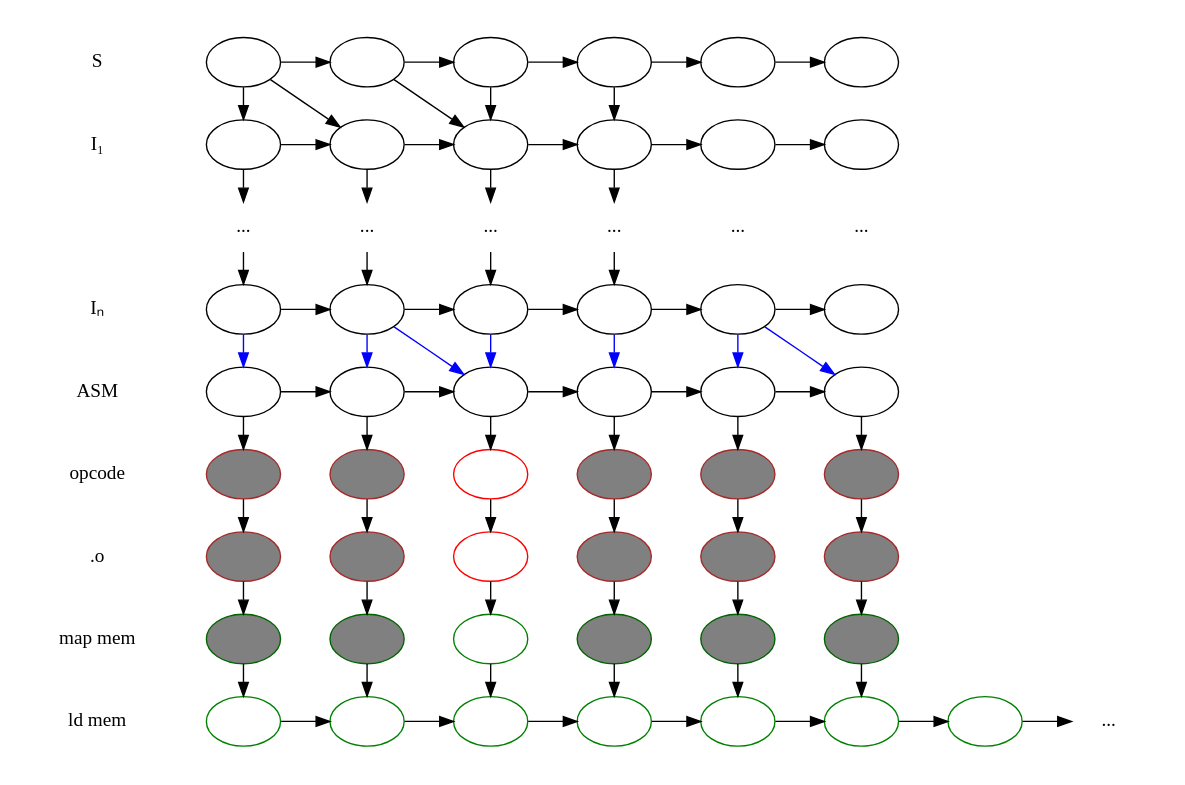
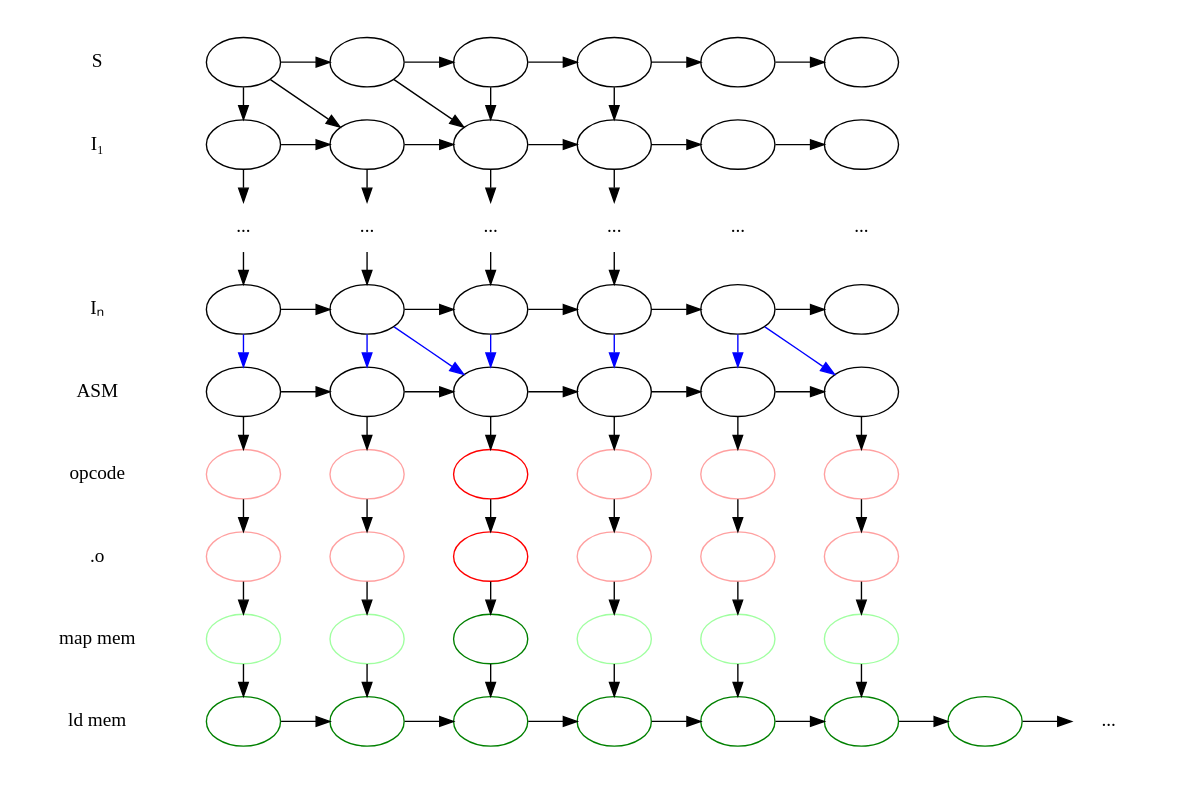
Before and after one commit to yulya3102/bachelor-thesis: the diagram in diagram.dot, drawn with Graphviz.

Commit message:
+ transparent nodes

```diff
--- a/diagram.dot
+++ b/diagram.dot
@@ -1,126 +1,126 @@
 digraph G {
     node [
         label = ""
     ]
     rankdir = LR
     subgraph cluster_ld {
         style = invis
         node [ color = green ]
         ld1 -> ld2 -> ld3 -> ld4 -> ld5 -> ld6 -> ld7 -> ld8
         ld [ label = "ld mem", shape = none ]
         ld8 [ label = "...", shape = none]
         ld -> ld1 [ style = invis ]
     }
     subgraph cluster_map {
         style = invis
-        node [ color = darkgreen, fillcolor = grey, style = filled ]
+        node [ color = "#00ff005f" ]
         edge [ style = invis ]
         map -> map1 -> map2 -> map3 -> map4 -> map5 -> map6
         map [ label = "map mem", shape = none, style = solid ]
         map3 [ color = green, style = solid ]
     }
     subgraph cluster_obj {
         style = invis
-        node [ color = brown, fillcolor = grey, style = filled ]
+        node [ color = "#ff00005f" ]
         edge [ style = invis ]
         obj -> obj1 -> obj2 -> obj3 -> obj4 -> obj5 -> obj6
         obj [ label = ".o", shape = none, style = solid ]
         obj3 [ color = red, style = solid ]
     }
     subgraph cluster_op {
         style = invis
-        node [ color = brown, fillcolor = grey, style = filled ]
+        node [ color = "#ff00005f" ]
         edge [ style = invis ]
         op -> op1 -> op2 -> op3 -> op4 -> op5 -> op6
         op [ label = opcode, shape = none, style = solid ]
         op3 [ color = red, style = solid ]
     }
     subgraph cluster_ASM {
         style = invis
         asm1 -> asm2 -> asm3 -> asm4 -> asm5 -> asm6
         ASM [ label = ASM, shape = none ]
         ASM -> asm1 [ style = invis ]
     }
     subgraph cluster_In {
         style = invis
         in1 -> in2 -> in3 -> in4 -> in5 -> in6
         In [ label = Iₙ, shape = none ]
         In -> in1 [ style = invis ]
     }
     subgraph cluster_Is {
         node [ shape = none, label = "..." ]
         edge [ style = invis ]
         style = invis
         Is -> is1 -> is2 -> is3 -> is4 -> is5 -> is6
         Is [ label = "", shape = none ]
     }
     subgraph cluster_I1 {
         style = invis
         i11 -> i12 -> i13 -> i14 -> i15 -> i16
         I1 [ label = I₁, shape = none ]
         I1 -> i11 [ style = invis ]
     }
     subgraph cluster_S {
         style = invis
         s1 -> s2 -> s3 -> s4 -> s5 -> s6
         S [ label = S, shape = none ]
         S -> s1 [ style = invis ]
     }
     subgraph {
         edge [ constraint = false ]
         s1 -> i11 
         s1 -> i12
         s2 -> i13
         s3 -> i13
         s4 -> i14
 
         i11 -> is1
         i12 -> is2
         i13 -> is3
         i14 -> is4
 
         is1 -> in1
         is2 -> in2
         is3 -> in3
         is4 -> in4
 
         subgraph {
             edge [ color = blue ]
             in1 -> asm1
             in2 -> asm2
             in2 -> asm3
             in3 -> asm3
             in4 -> asm4
             in5 -> asm5
             in5 -> asm6
         }
 
         asm1 -> op1
         asm2 -> op2
         asm3 -> op3
         asm4 -> op4
         asm5 -> op5
         asm6 -> op6
 
         op1 -> obj1
         op2 -> obj2
         op3 -> obj3
         op4 -> obj4
         op5 -> obj5
         op6 -> obj6
 
         obj1 -> map1
         obj2 -> map2
         obj3 -> map3
         obj4 -> map4
         obj5 -> map5
         obj6 -> map6
 
         map1 -> ld1
         map2 -> ld2
         map3 -> ld3
         map4 -> ld4
         map5 -> ld5
         map6 -> ld6
     }
 }
```
